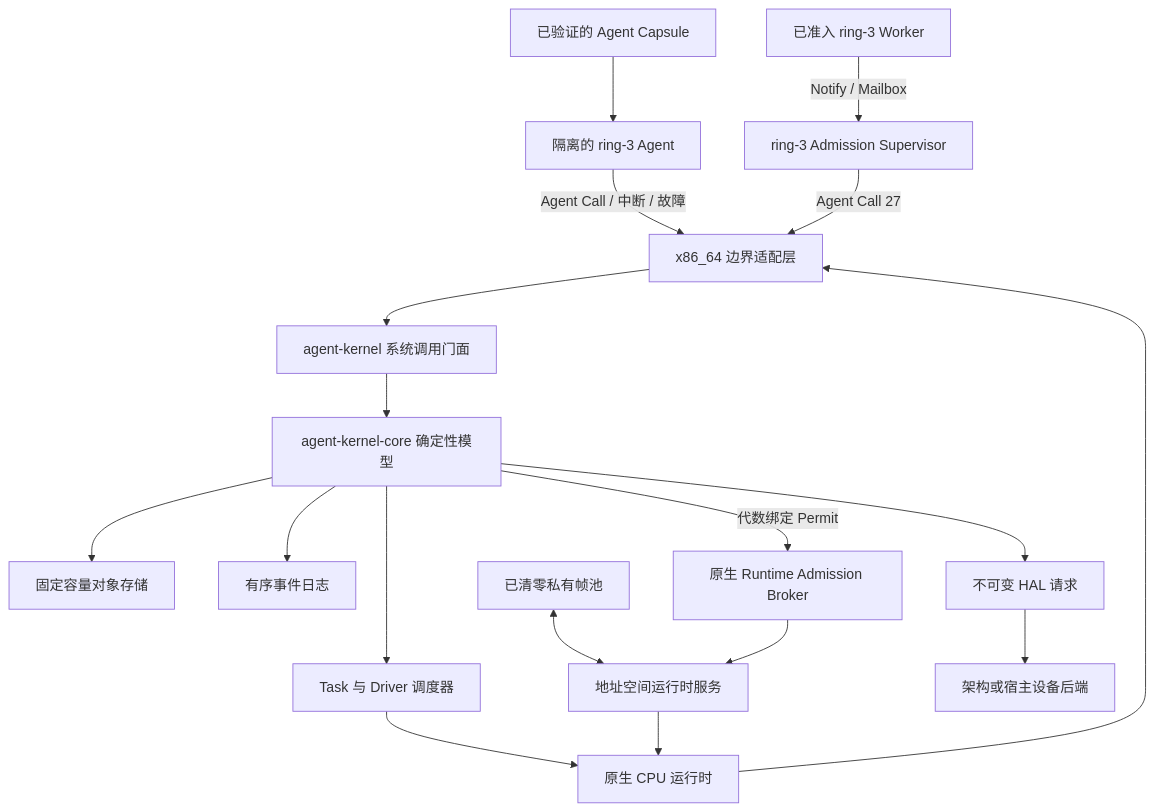
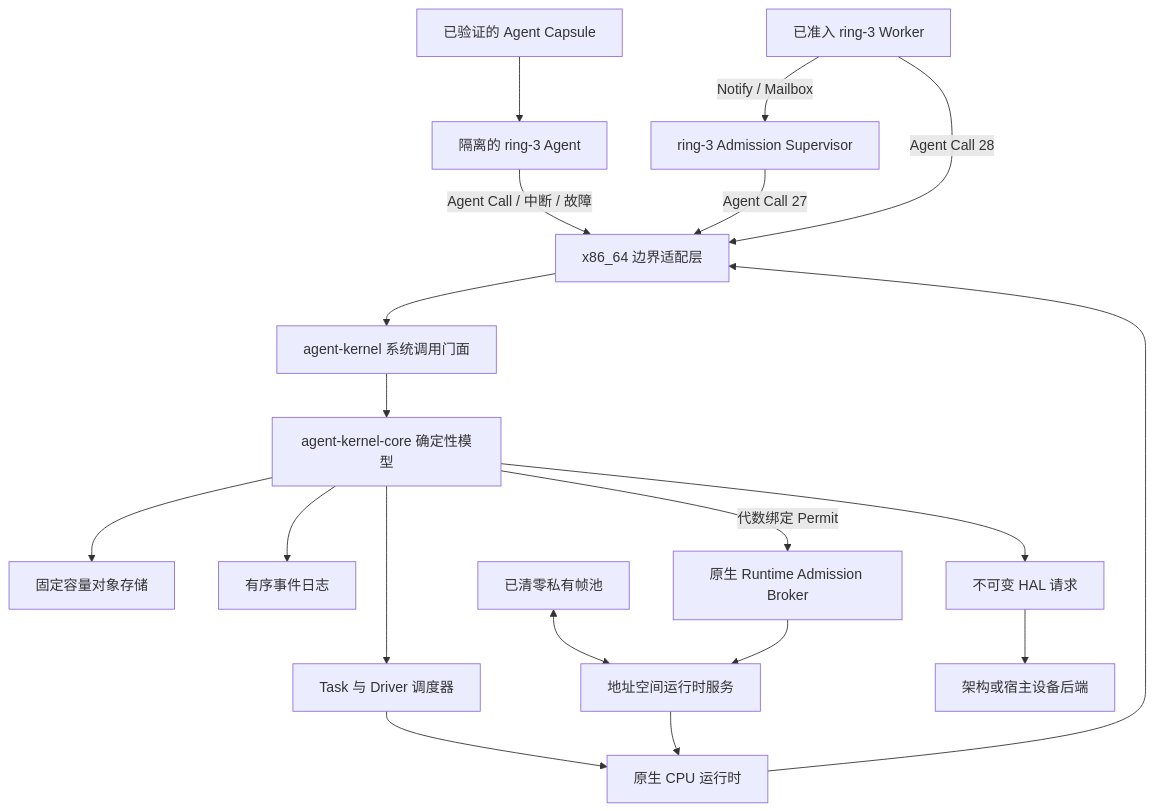
The diagram in README.zh-CN.md (Evan-master/agent-kernel), drawn with Mermaid before and after one commit. The commit also changed other lines of this file and 3 other files, not shown here.

````diff
--- a/README.zh-CN.md
+++ b/README.zh-CN.md
@@ -130,20 +133,21 @@
 ```mermaid
 flowchart TB
     Capsule["已验证的 Agent Capsule"] --> Ring3["隔离的 ring-3 Agent"]
     Ring3 -->|"Agent Call / 中断 / 故障"| X86["x86_64 边界适配层"]
     X86 --> Facade["agent-kernel 系统调用门面"]
     Facade --> Core["agent-kernel-core 确定性模型"]
     Core --> Stores["固定容量对象存储"]
     Core --> Events["有序事件日志"]
     Core --> Scheduler["Task 与 Driver 调度器"]
     Scheduler --> Runtime["原生 CPU 运行时"]
     Runtime --> X86
     FramePool["已清零私有帧池"] <--> AddressService["地址空间运行时服务"]
     Broker["原生 Runtime Admission Broker"] --> AddressService
     Core -->|"代数绑定 Permit"| Broker
     AddressService --> Runtime
     Core --> HAL["不可变 HAL 请求"]
     HAL --> Device["架构或宿主设备后端"]
     Supervisor["ring-3 Admission Supervisor"] -->|"Agent Call 27"| X86
-    Workers["已准入 ring-3 Worker"] -->|"Notify / Mailbox"| Supervisor
+    Workers["已准入 ring-3 Worker"] -->|"Agent Call 28"| X86
+    Workers -->|"Notify / Mailbox"| Supervisor
 ```
````
